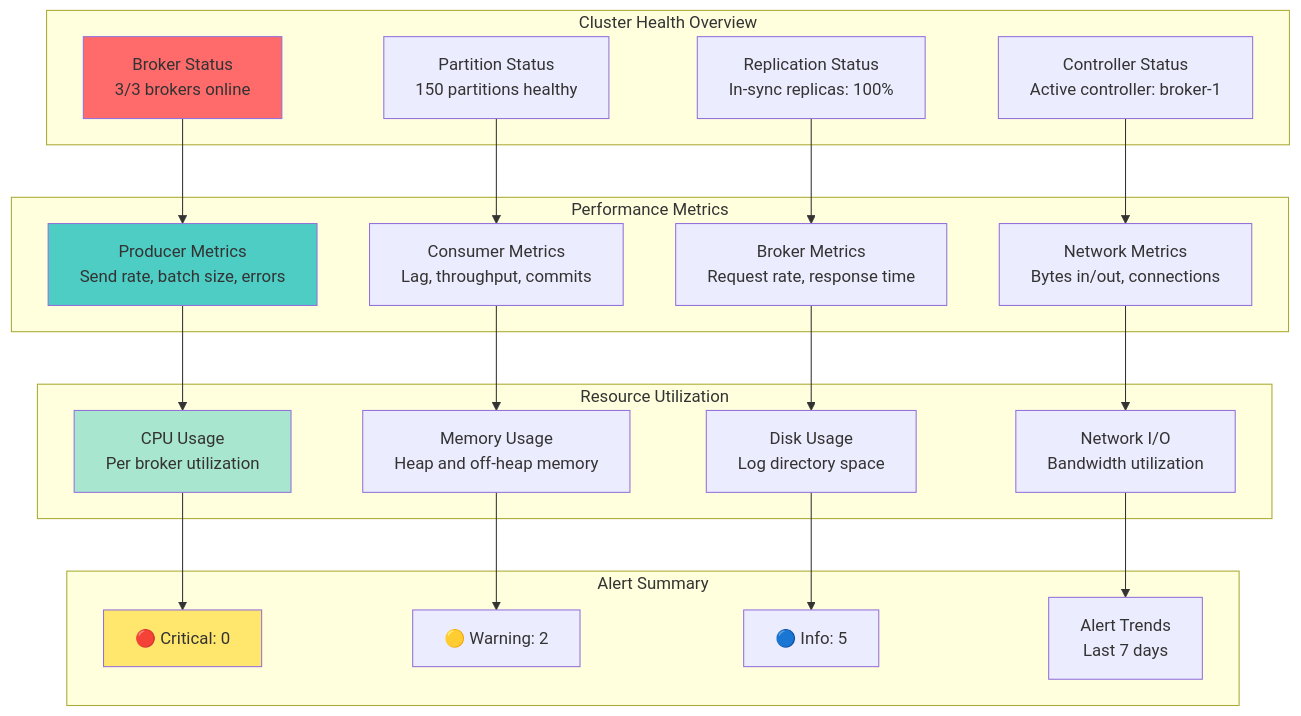
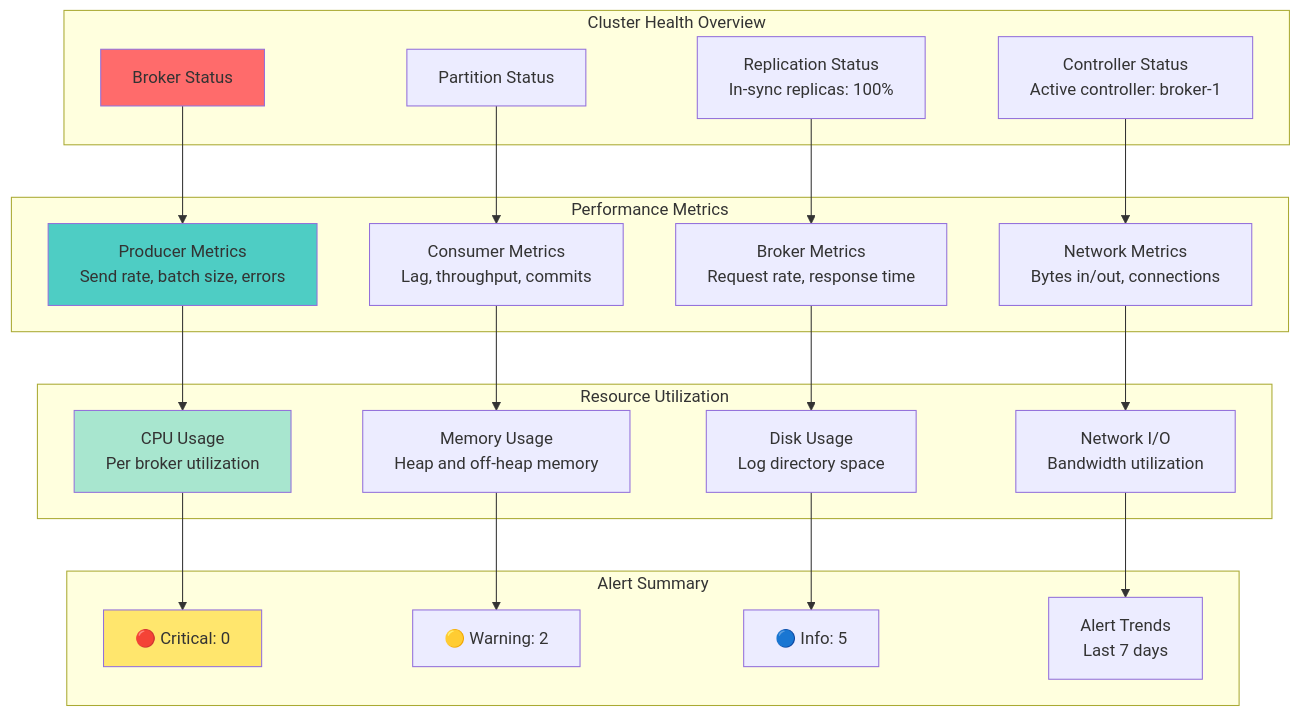
One commit to vorrawut/KafkaStarter changed the fifth of 10 diagrams in class/modules/lesson_19/concept.md. Above: the diagram before and after it, drawn with Mermaid. The commit also changed other lines of this file and 140 other files, not shown here.

````diff
--- a/class/modules/lesson_19/concept.md
+++ b/class/modules/lesson_19/concept.md
@@ -303,50 +303,50 @@
 ```mermaid
 graph TB
     subgraph "Cluster Health Overview"
-        BROKER_STATUS[Broker Status<br/>3/3 brokers online]
-        PARTITION_STATUS[Partition Status<br/>150 partitions healthy]
+        BROKER_STATUS[Broker Status<br/&gt;3/3 brokers online]
+        PARTITION_STATUS[Partition Status<br/&gt;150 partitions healthy]
         REPLICATION[Replication Status<br/>In-sync replicas: 100%]
         CONTROLLER[Controller Status<br/>Active controller: broker-1]
     end
     
     subgraph "Performance Metrics"
         PRODUCER_METRICS[Producer Metrics<br/>Send rate, batch size, errors]
         CONSUMER_METRICS[Consumer Metrics<br/>Lag, throughput, commits]
         BROKER_METRICS[Broker Metrics<br/>Request rate, response time]
         NETWORK_METRICS[Network Metrics<br/>Bytes in/out, connections]
     end
     
     subgraph "Resource Utilization"
         CPU_CHART[CPU Usage<br/>Per broker utilization]
         MEMORY_CHART[Memory Usage<br/>Heap and off-heap memory]
         DISK_CHART[Disk Usage<br/>Log directory space]
         NETWORK_CHART[Network I/O<br/>Bandwidth utilization]
     end
     
     subgraph "Alert Summary"
         CRITICAL_ALERTS[🔴 Critical: 0]
         WARNING_ALERTS[🟡 Warning: 2]
         INFO_ALERTS[🔵 Info: 5]
         ALERT_TRENDS[Alert Trends<br/>Last 7 days]
     end
     
     BROKER_STATUS --> PRODUCER_METRICS
     PARTITION_STATUS --> CONSUMER_METRICS
     REPLICATION --> BROKER_METRICS
     CONTROLLER --> NETWORK_METRICS
     
     PRODUCER_METRICS --> CPU_CHART
     CONSUMER_METRICS --> MEMORY_CHART
     BROKER_METRICS --> DISK_CHART
     NETWORK_METRICS --> NETWORK_CHART
     
     CPU_CHART --> CRITICAL_ALERTS
     MEMORY_CHART --> WARNING_ALERTS
     DISK_CHART --> INFO_ALERTS
     NETWORK_CHART --> ALERT_TRENDS
     
     style BROKER_STATUS fill:#ff6b6b
     style PRODUCER_METRICS fill:#4ecdc4
     style CPU_CHART fill:#a8e6cf
     style CRITICAL_ALERTS fill:#ffe66d
 ```
````
